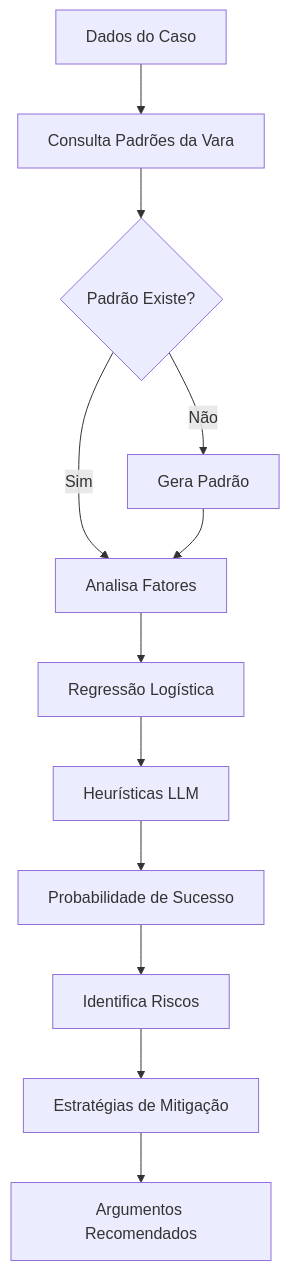
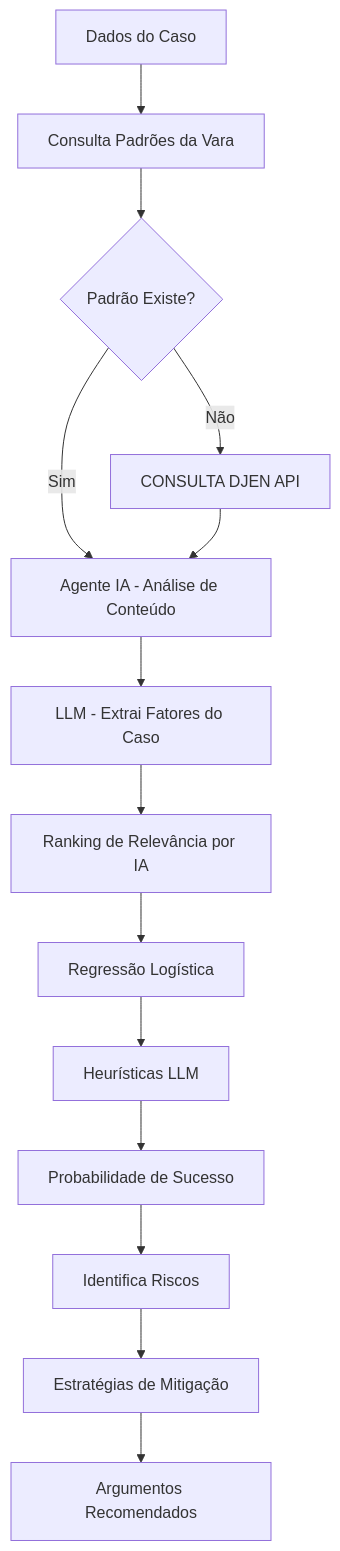
One commit to ftorres92/juris-dev-agil changed the sixth of 9 diagrams in documentacao/architecture/apresentacao_sistema_visual.md. Above: the diagram before and after it, drawn with Mermaid. The commit also changed other lines of this file, not shown here.

````diff
--- a/documentacao/architecture/apresentacao_sistema_visual.md
+++ b/documentacao/architecture/apresentacao_sistema_visual.md
@@ -363,15 +244,17 @@
 ```mermaid
 graph TD
     A[Dados do Caso] --> B[Consulta Padrões da Vara]
     B --> C{Padrão Existe?}
-    C -->|Não| D[Gera Padrão]
-    C -->|Sim| E[Analisa Fatores]
+    C -->|Não| D[CONSULTA DJEN API]
+    C -->|Sim| E[Agente IA - Análise de Conteúdo]
     D --> E
     
-    E --> F[Regressão Logística]
-    F --> G[Heurísticas LLM]
-    G --> H[Probabilidade de Sucesso]
-    H --> I[Identifica Riscos]
-    I --> J[Estratégias de Mitigação]
-    J --> K[Argumentos Recomendados]
+    E --> F[LLM - Extrai Fatores do Caso]
+    F --> G[Ranking de Relevância por IA]
+    G --> H[Regressão Logística]
+    H --> I[Heurísticas LLM]
+    I --> J[Probabilidade de Sucesso]
+    J --> K[Identifica Riscos]
+    K --> L[Estratégias de Mitigação]
+    L --> M[Argumentos Recomendados]
 ```
````
